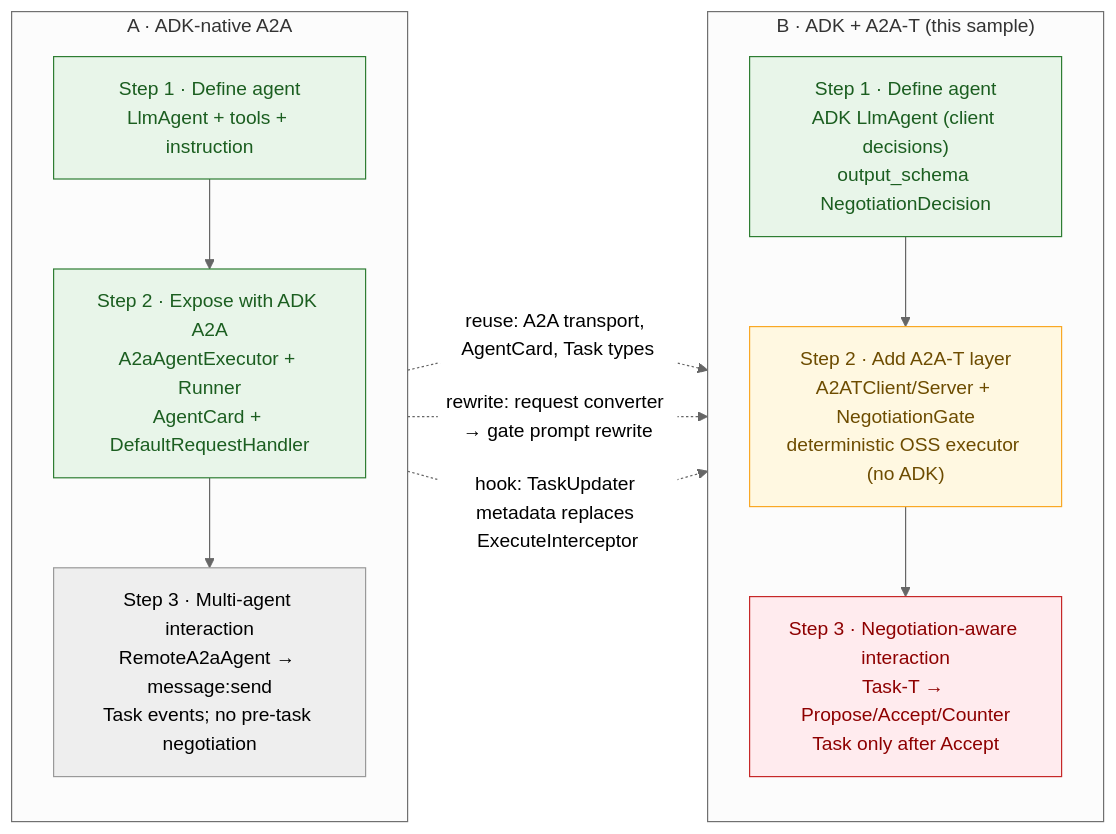
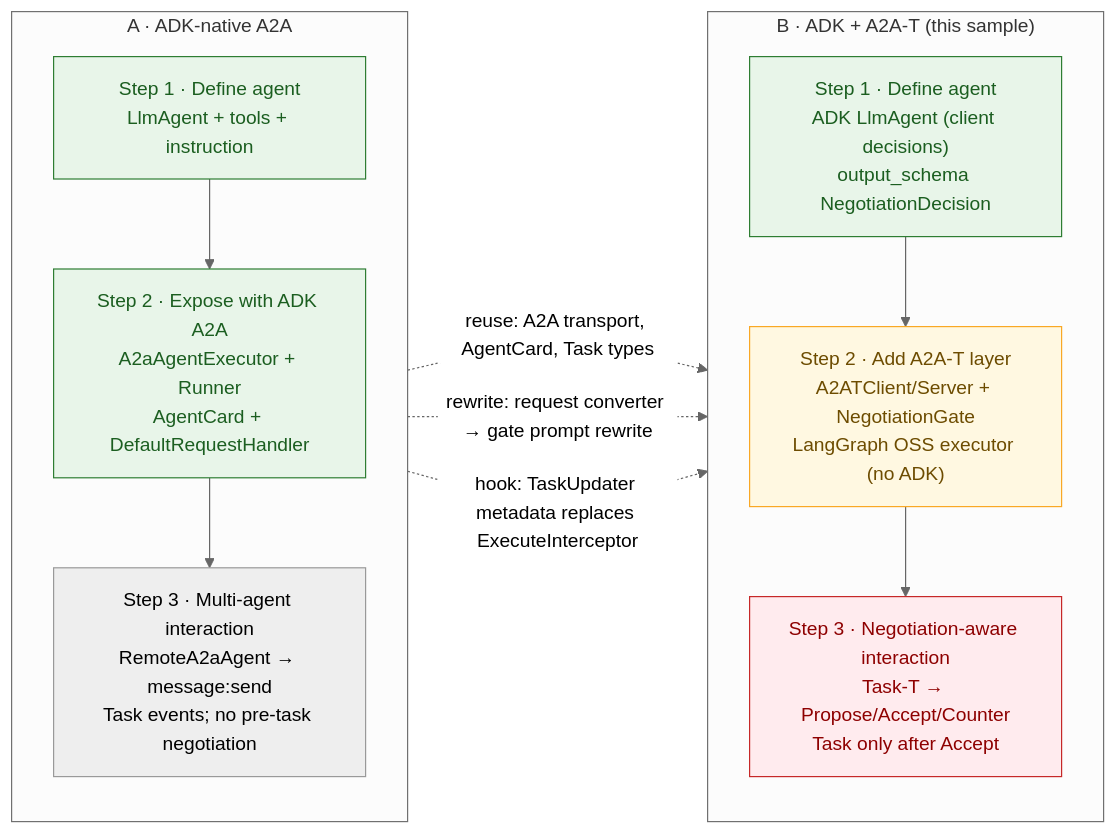
Before and after one commit to codetalks-hw/a2a-t-sdk-python: the sixth of 8 diagrams in a2a-t-sample/ran-energy-saving/README.md, drawn with Mermaid (neutral theme). The commit also changed other lines of this file and 33 other files, not shown here.

````diff
--- a/a2a-t-sample/ran-energy-saving/README.md
+++ b/a2a-t-sample/ran-energy-saving/README.md
@@ -329,29 +354,29 @@
 ```mermaid
 flowchart LR
     subgraph LEFT["A · ADK-native A2A"]
         direction TB
         L1["Step 1 · Define agent<br/>LlmAgent + tools + instruction"]
         L2["Step 2 · Expose with ADK A2A<br/>A2aAgentExecutor + Runner<br/>AgentCard + DefaultRequestHandler"]
         L3["Step 3 · Multi-agent interaction<br/>RemoteA2aAgent → message:send<br/>Task events; no pre-task negotiation"]
         L1 --> L2 --> L3
     end
 
     subgraph RIGHT["B · ADK + A2A-T (this sample)"]
         direction TB
         R1["Step 1 · Define agent<br/>ADK LlmAgent (client decisions)<br/>output_schema NegotiationDecision"]
-        R2["Step 2 · Add A2A-T layer<br/>A2ATClient/Server + NegotiationGate<br/>deterministic OSS executor (no ADK)"]
+        R2["Step 2 · Add A2A-T layer<br/>A2ATClient/Server + NegotiationGate<br/>LangGraph OSS executor (no ADK)"]
         R3["Step 3 · Negotiation-aware interaction<br/>Task-T → Propose/Accept/Counter<br/>Task only after Accept"]
         R1 --> R2 --> R3
     end
 
     L2 -. "reuse: A2A transport, AgentCard, Task types" .-> R2
     L2 -. "rewrite: request converter → gate prompt rewrite" .-> R2
     L3 -. "hook: TaskUpdater metadata replaces ExecuteInterceptor" .-> R3
 
     classDef reuse fill:#e8f5e9,stroke:#2e7d32,color:#1b5e20;
     classDef hook fill:#fff8e1,stroke:#f9a825,color:#6d4c00;
     classDef rewrite fill:#ffebee,stroke:#c62828,color:#8e0000;
     class L1,L2,R1 reuse;
     class R2 hook;
     class R3 rewrite;
 ```
````
